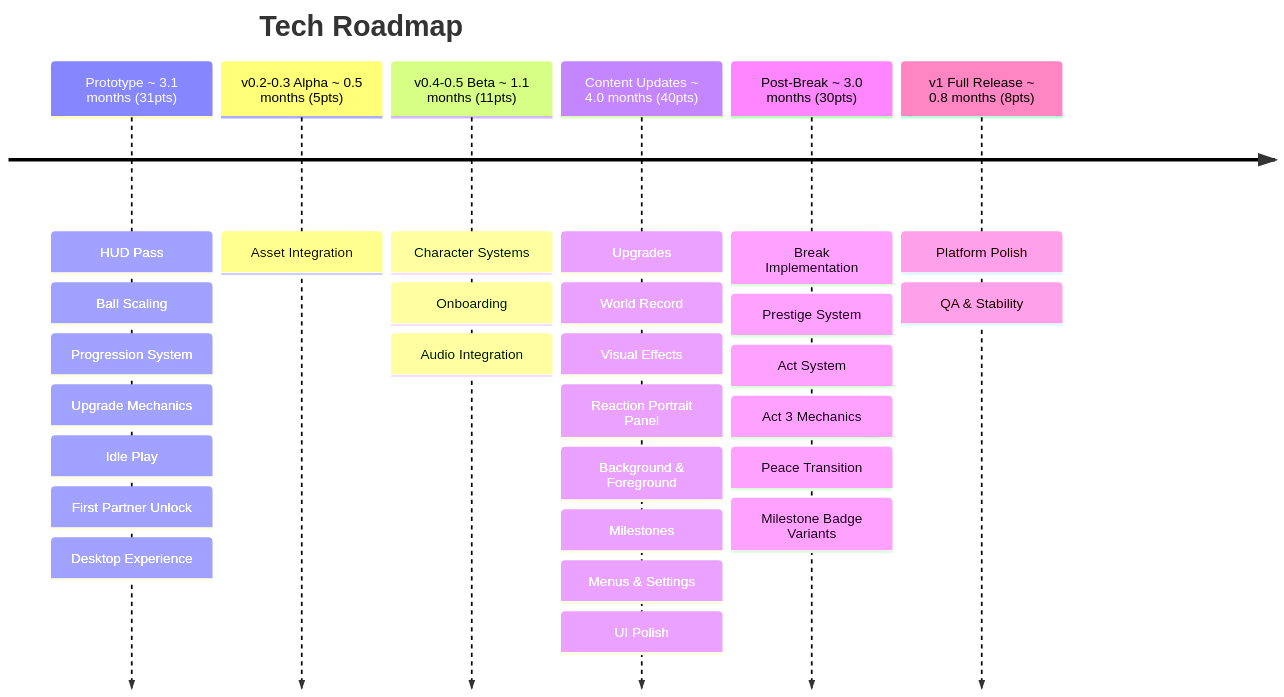
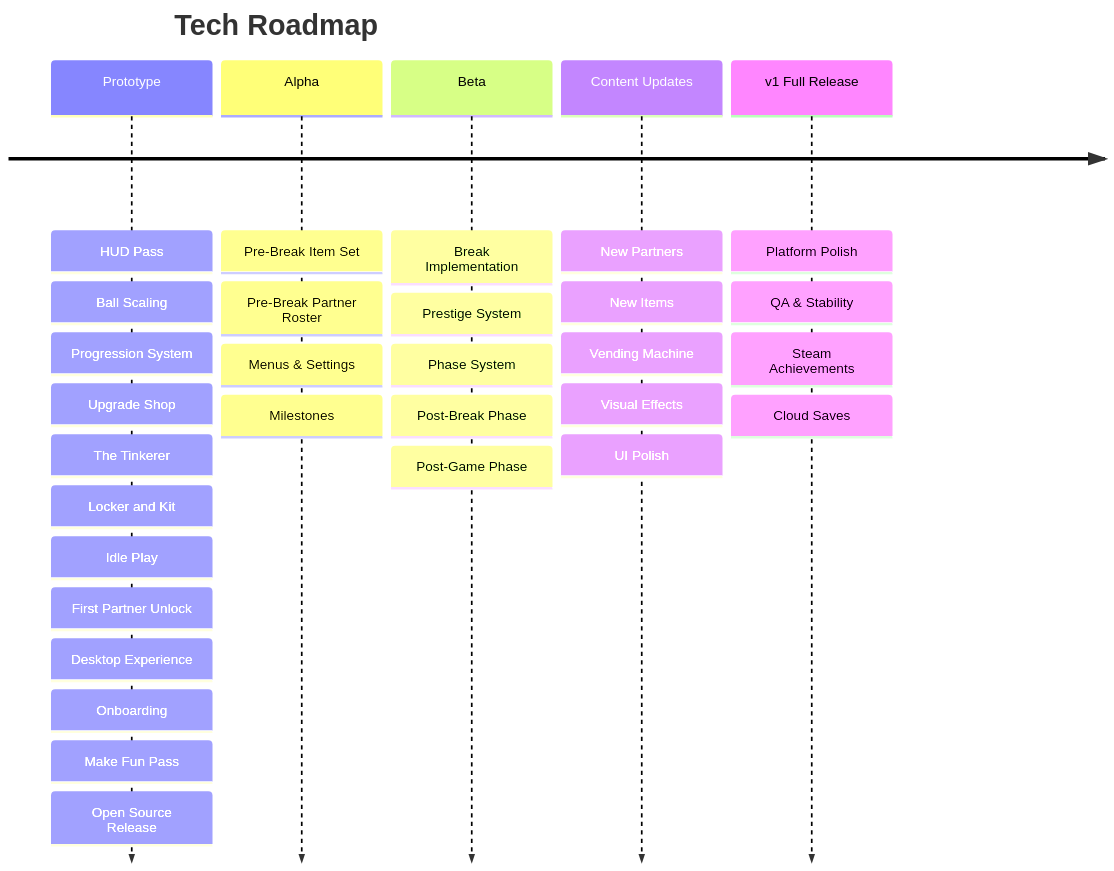
One commit to J-Melon/volley-vendetta changed the diagram in designs/roadmaps/roadmap-tech.md. Above: the diagram before and after it, drawn with Mermaid. The commit also changed other lines of this file and 5 other files, not shown here.

Commit message:
docs: roadmap rework

````diff
--- a/designs/roadmaps/roadmap-tech.md
+++ b/designs/roadmaps/roadmap-tech.md
@@ -3,43 +3,44 @@
 ```mermaid
 timeline
     title Tech Roadmap
 
-    Prototype ~ 3.1 months (31pts)
+    Prototype
         : HUD Pass
         : Ball Scaling
         : Progression System
-        : Upgrade Mechanics
+        : Upgrade Shop
+        : The Tinkerer
+        : Locker and Kit
         : Idle Play
         : First Partner Unlock
         : Desktop Experience
+        : Onboarding
+        : Make Fun Pass
+        : Open Source Release
 
-    v0.2-0.3 Alpha ~ 0.5 months (5pts)
-        : Asset Integration
+    Alpha
+        : Pre-Break Item Set
+        : Pre-Break Partner Roster
+        : Menus & Settings
+        : Milestones
 
-    v0.4-0.5 Beta ~ 1.1 months (11pts)
-        : Character Systems
-        : Onboarding
-        : Audio Integration
+    Beta
+        : Break Implementation
+        : Prestige System
+        : Phase System
+        : Post-Break Phase
+        : Post-Game Phase
 
-    Content Updates ~ 4.0 months (40pts)
-        : Upgrades
-        : World Record
+    Content Updates
+        : New Partners
+        : New Items
+        : Vending Machine
         : Visual Effects
-        : Reaction Portrait Panel
-        : Background & Foreground
-        : Milestones
-        : Menus & Settings
         : UI Polish
 
-    Post-Break ~ 3.0 months (30pts)
-        : Break Implementation
-        : Prestige System
-        : Act System
-        : Act 3 Mechanics
-        : Peace Transition
-        : Milestone Badge Variants
-
-    v1 Full Release ~ 0.8 months (8pts)
+    v1 Full Release
         : Platform Polish
         : QA & Stability
+        : Steam Achievements
+        : Cloud Saves
 ```
````
